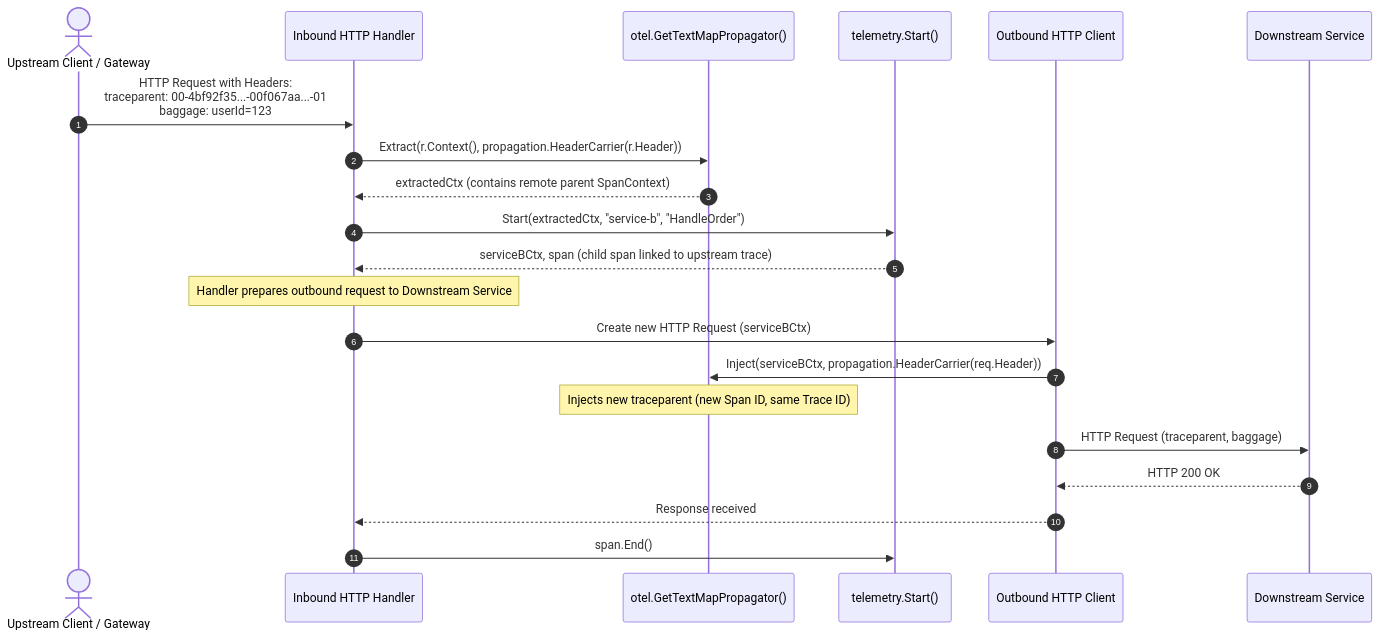
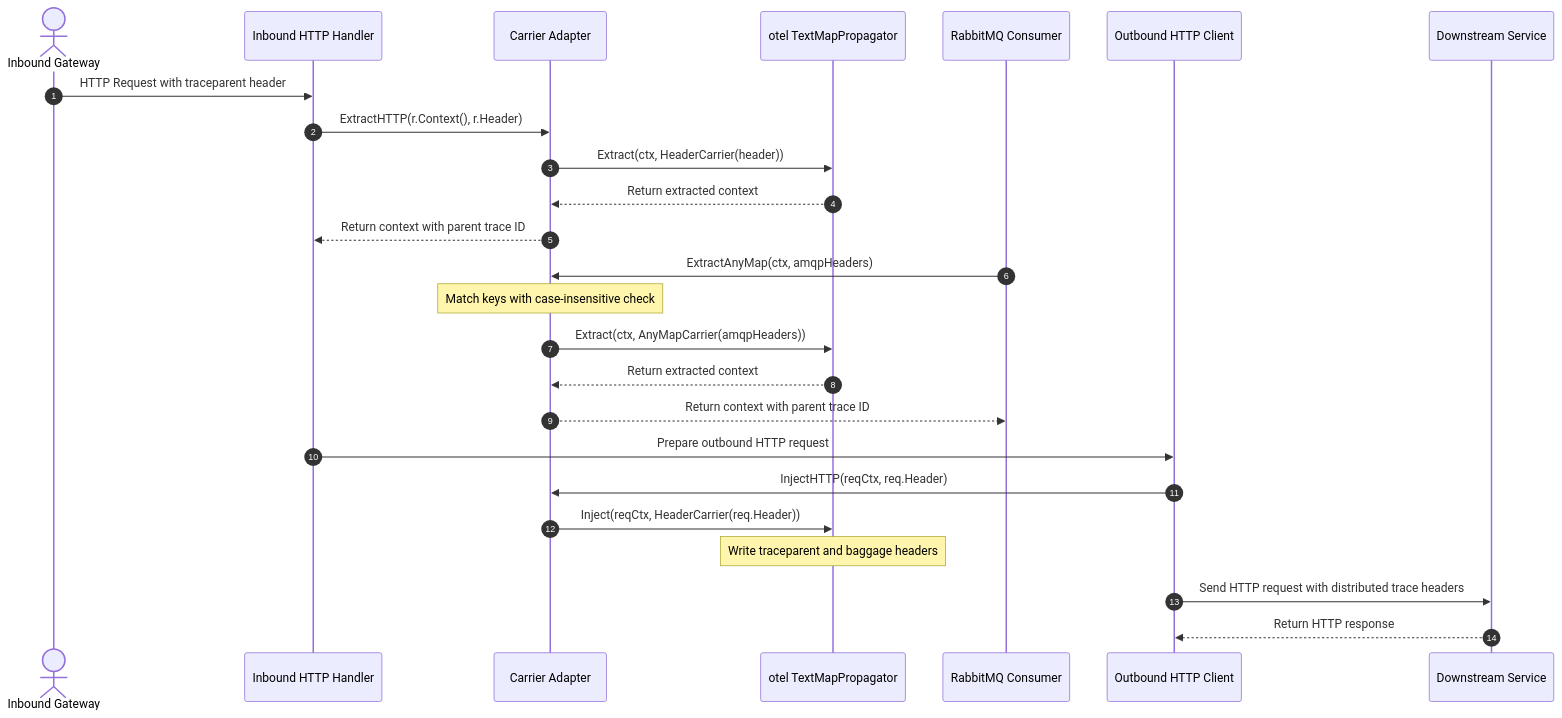
One commit to Jkenyut/nvx-go-telemetry changed the fifth of 5 diagrams in docs/architecture/sequences.md. Above: the diagram before and after it, drawn with Mermaid. The commit also changed other lines of this file and 14 other files, not shown here.

````diff
--- a/docs/architecture/sequences.md
+++ b/docs/architecture/sequences.md
@@ -217,29 +259,31 @@
 ```mermaid
 sequenceDiagram
     autonumber
-    actor Upstream as Upstream Client / Gateway
+    actor Gateway as Inbound Gateway
     participant Handler as Inbound HTTP Handler
-    participant Propagator as otel.GetTextMapPropagator()
-    participant TraceHelper as telemetry.Start()
+    participant Carrier as Carrier Adapter
+    participant Propagator as otel TextMapPropagator
+    participant Consumer as RabbitMQ Consumer
     participant Client as Outbound HTTP Client
-    participant Downstream as Downstream Service
+    participant Target as Downstream Service
 
-    Upstream->>Handler: HTTP Request with Headers:<br/>traceparent: 00-4bf92f35...-00f067aa...-01<br/>baggage: userId=123
-    Handler->>Propagator: Extract(r.Context(), propagation.HeaderCarrier(r.Header))
-    Propagator-->>Handler: extractedCtx (contains remote parent SpanContext)
+    Gateway->>Handler: HTTP Request with traceparent header
+    Handler->>Carrier: ExtractHTTP(r.Context(), r.Header)
+    Carrier->>Propagator: Extract(ctx, HeaderCarrier(header))
+    Propagator-->>Carrier: Return extracted context
+    Carrier-->>Handler: Return context with parent trace ID
 
-    Handler->>TraceHelper: Start(extractedCtx, "service-b", "HandleOrder")
-    TraceHelper-->>Handler: serviceBCtx, span (child span linked to upstream trace)
+    Consumer->>Carrier: ExtractAnyMap(ctx, amqpHeaders)
+    Note over Carrier: Match keys with case-insensitive check
+    Carrier->>Propagator: Extract(ctx, AnyMapCarrier(amqpHeaders))
+    Propagator-->>Carrier: Return extracted context
+    Carrier-->>Consumer: Return context with parent trace ID
 
-    Note over Handler: Handler prepares outbound request to Downstream Service
+    Handler->>Client: Prepare outbound HTTP request
+    Client->>Carrier: InjectHTTP(reqCtx, req.Header)
+    Carrier->>Propagator: Inject(reqCtx, HeaderCarrier(req.Header))
+    Note over Propagator: Write traceparent and baggage headers
 
-    Handler->>Client: Create new HTTP Request (serviceBCtx)
-    Client->>Propagator: Inject(serviceBCtx, propagation.HeaderCarrier(req.Header))
-    Note over Propagator: Injects new traceparent (new Span ID, same Trace ID)
-
-    Client->>Downstream: HTTP Request (traceparent, baggage)
-    Downstream-->>Client: HTTP 200 OK
-    Client-->>Handler: Response received
-
-    Handler->>TraceHelper: span.End()
+    Client->>Target: Send HTTP request with distributed trace headers
+    Target-->>Client: Return HTTP response
 ```
````
